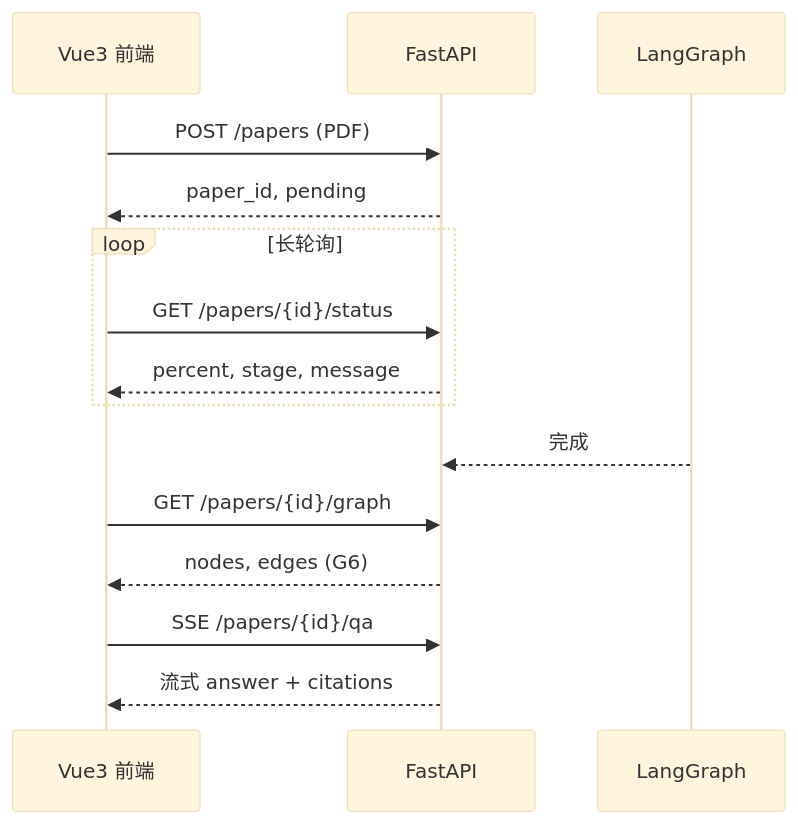
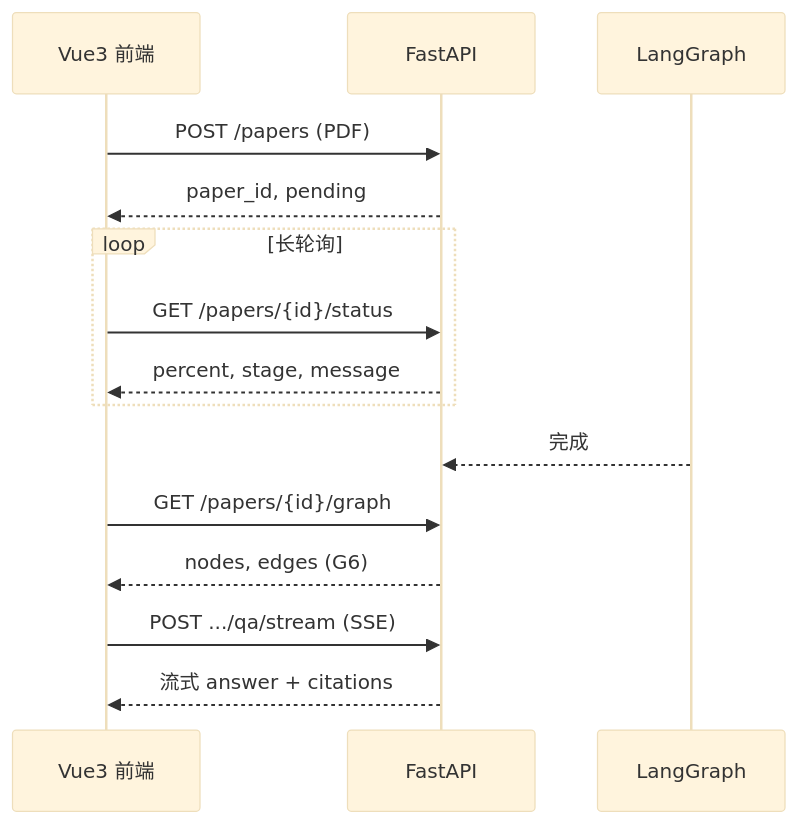
The diagram in docs/v1/tech-stack.md (FDU-AI-Agent-Camp/ScholarGraph), drawn with Mermaid (base theme) before and after one commit. The commit also changed other lines of this file and 18 other files, not shown here.

````diff
--- a/docs/v1/tech-stack.md
+++ b/docs/v1/tech-stack.md
@@ -91,18 +91,18 @@
 ```mermaid
 sequenceDiagram
   participant FE as Vue3 前端
   participant API as FastAPI
   participant WF as LangGraph
 
   FE->>API: POST /papers (PDF)
   API-->>FE: paper_id, pending
   loop 长轮询
     FE->>API: GET /papers/{id}/status
     API-->>FE: percent, stage, message
   end
   WF-->>API: 完成
   FE->>API: GET /papers/{id}/graph
   API-->>FE: nodes, edges (G6)
-  FE->>API: SSE /papers/{id}/qa
+  FE->>API: POST .../qa/stream (SSE)
   API-->>FE: 流式 answer + citations
 ```
````
